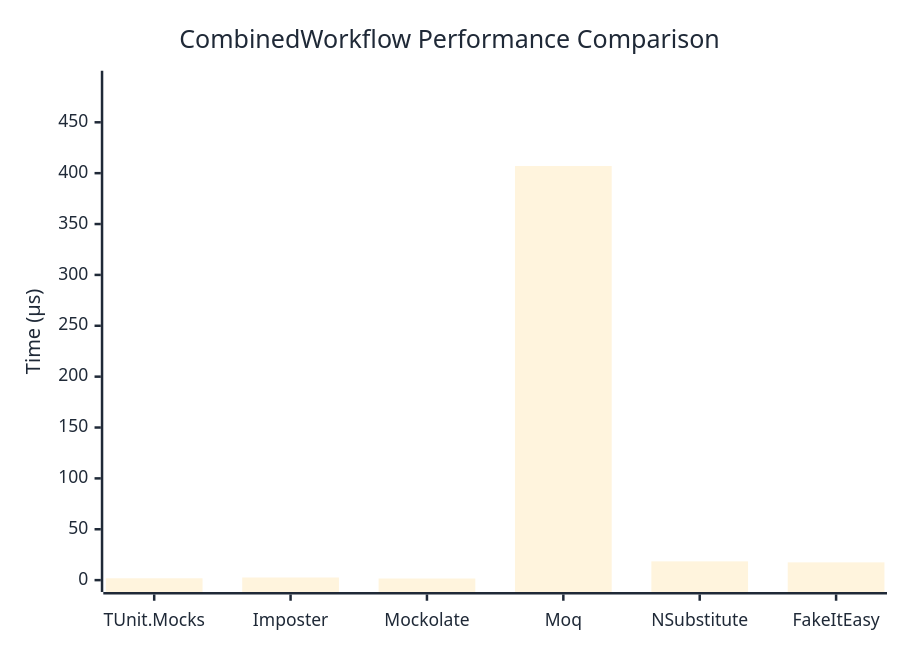
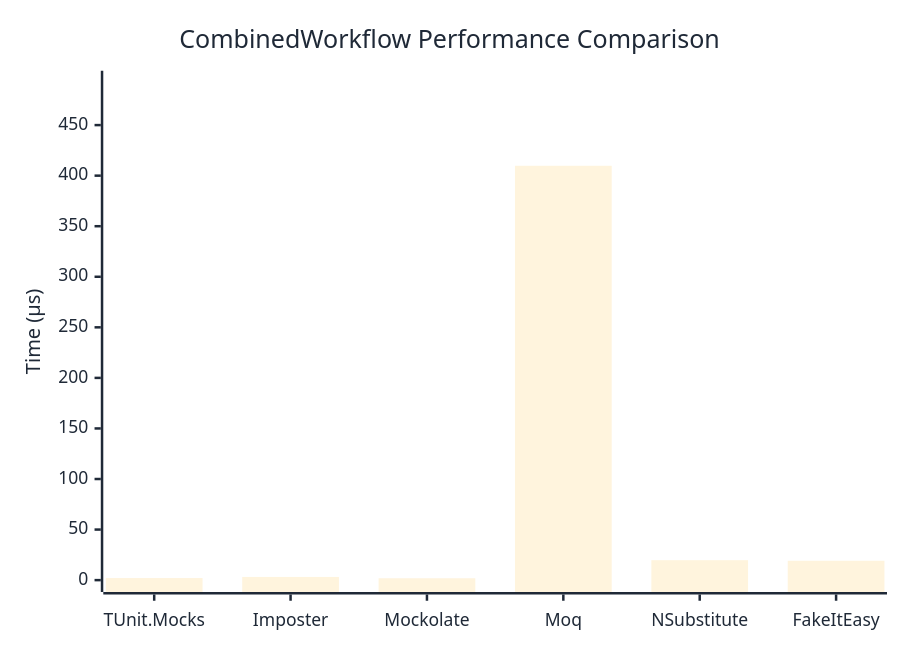
The diagram in docs/docs/benchmarks/mocks/CombinedWorkflow.md (thomhurst/TUnit), drawn with Mermaid before and after one commit. The commit also changed other lines of this file and 14 other files, not shown here.

````diff
--- a/docs/docs/benchmarks/mocks/CombinedWorkflow.md
+++ b/docs/docs/benchmarks/mocks/CombinedWorkflow.md
@@ -30,27 +30,27 @@
 ```mermaid
 %%{init: {
   'theme':'base',
   'themeVariables': {
     'primaryColor': '#2563eb',
     'primaryTextColor': '#1f2937',
     'primaryBorderColor': '#1e40af',
     'lineColor': '#6b7280',
     'secondaryColor': '#7c3aed',
     'tertiaryColor': '#dc2626',
     'background': '#ffffff',
     'pie1': '#2563eb',
     'pie2': '#7c3aed',
     'pie3': '#dc2626',
     'pie4': '#f59e0b',
     'pie5': '#10b981',
     'pie6': '#06b6d4',
     'pie7': '#ec4899',
     'pie8': '#6366f1'
   }
 }}%%
 xychart-beta
   title "CombinedWorkflow Performance Comparison"
   x-axis ["TUnit.Mocks", "Imposter", "Mockolate", "Moq", "NSubstitute", "FakeItEasy"]
-  y-axis "Time (μs)" 0 --> 489
-  bar [1.803, 2.587, 1.588, 407.021, 18.439, 17.467]
+  y-axis "Time (μs)" 0 --> 492
+  bar [2.063, 3.163, 1.871, 409.77, 19.723, 19.149]
 ```
````
